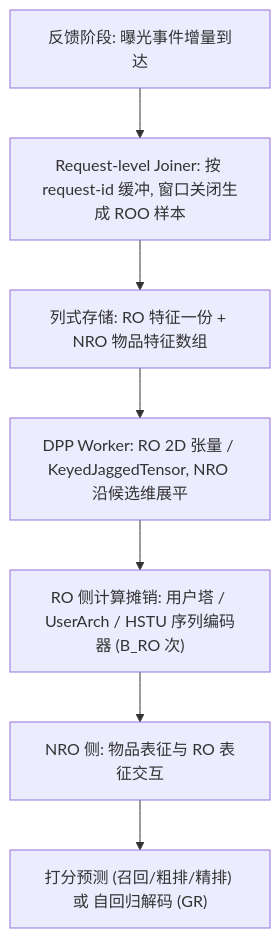
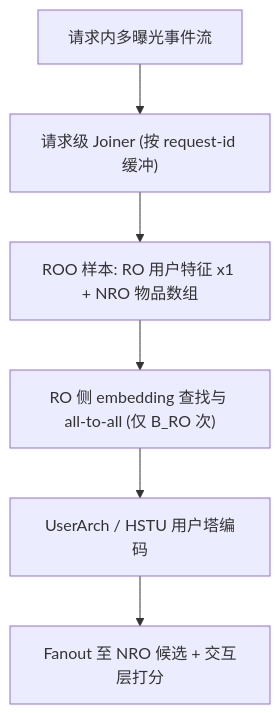
The diagram in docs/venues/SIGIR/2026/generative_rec/request_only_optimization_for_recommendation_systems.md (jbdcia321vw/Paper-Notes), drawn with Mermaid before and after one commit. The commit also changed other lines of this file and 1119 other files, not shown here.

````diff
--- a/docs/venues/SIGIR/2026/generative_rec/request_only_optimization_for_recommendation_systems.md
+++ b/docs/venues/SIGIR/2026/generative_rec/request_only_optimization_for_recommendation_systems.md
@@ -57,9 +47,8 @@
 ```mermaid
 flowchart TD
-    A["反馈阶段: 曝光事件增量到达"] --> B["Request-level Joiner: 按 request-id 缓冲, 窗口关闭生成 ROO 样本"]
-    B --> C["列式存储: RO 特征一份 + NRO 物品特征数组"]
-    C --> D["DPP Worker: RO 2D 张量 / KeyedJaggedTensor, NRO 沿候选维展平"]
-    D --> E["RO 侧计算摊销: 用户塔 / UserArch / HSTU 序列编码器 (B_RO 次)"]
-    E --> F["NRO 侧: 物品表征与 RO 表征交互"]
-    F --> G["打分预测 (召回/粗排/精排) 或 自回归解码 (GR)"]
+    A["请求内多曝光事件流"] --> B["请求级 Joiner (按 request-id 缓冲)"]
+    B --> C["ROO 样本: RO 用户特征 x1 + NRO 物品数组"]
+    C --> D["RO 侧 embedding 查找与 all-to-all (仅 B_RO 次)"]
+    D --> E["UserArch / HSTU 用户塔编码"]
+    E --> F["Fanout 至 NRO 候选 + 交互层打分"]
 ```
````
